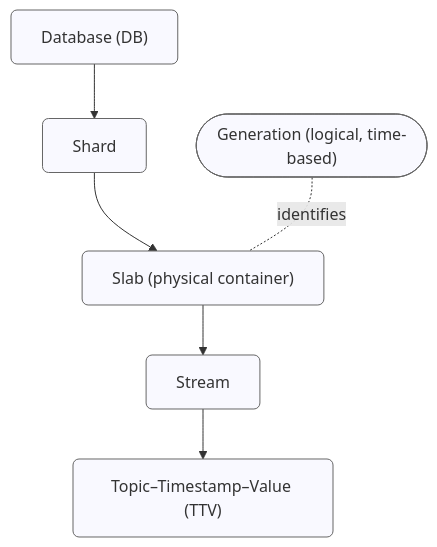
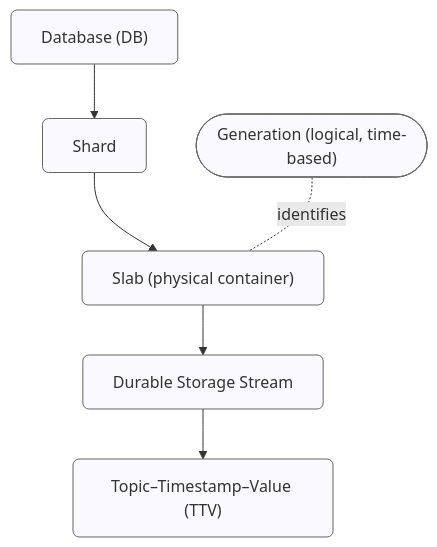
The diagram in en_US/design/durable-storage.md (emqx/emqx-docs), drawn with Mermaid before and after one commit. The commit also changed other lines of this file and 3 other files, not shown here.

Commit message:
Move "Durable Storage Architecture" to design doc

````diff
--- a/en_US/design/durable-storage.md
+++ b/en_US/design/durable-storage.md
@@ -22,22 +26,22 @@
 ```mermaid
 flowchart TB
     %% Durable Storage Hierarchy Diagram
     DB["Database (DB)"]
     SH["Shard"]
     GEN(["Generation (logical, time-based)"])
     SL["Slab (physical container)"]
-    ST["Stream"]
+    ST["Durable Storage Stream"]
     TTV["Topic–Timestamp–Value (TTV)"]
 
     %% Main hierarchy
     DB --> SH --> SL --> ST --> TTV
 
     %% Logical relationship
     GEN -. identifies .- SL
 
     %% Styling
     classDef box fill:#f9f9ff,stroke:#666,stroke-width:1px,rx:6,ry:6;
     class DB,SH,SL,ST,TTV,GEN box;
 
 
 ```
````
